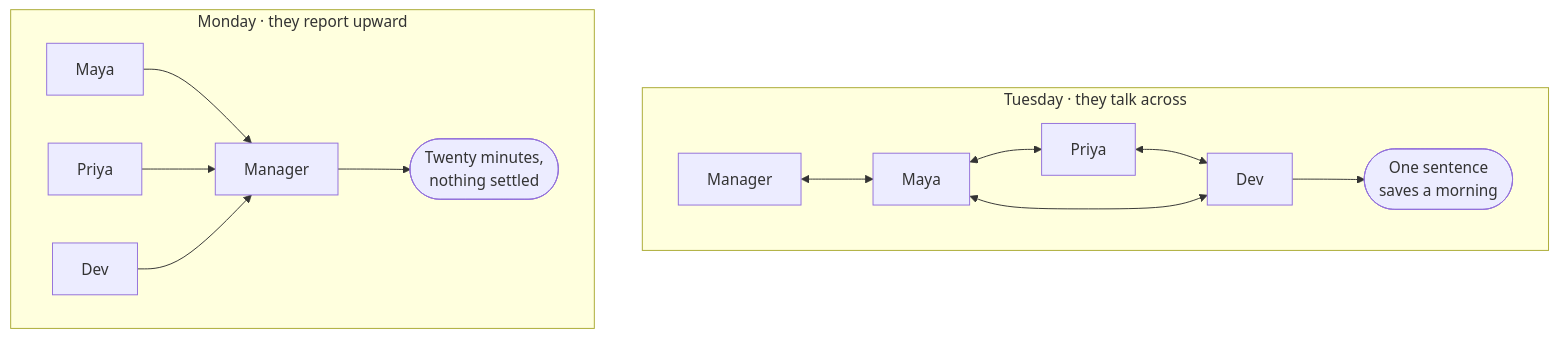
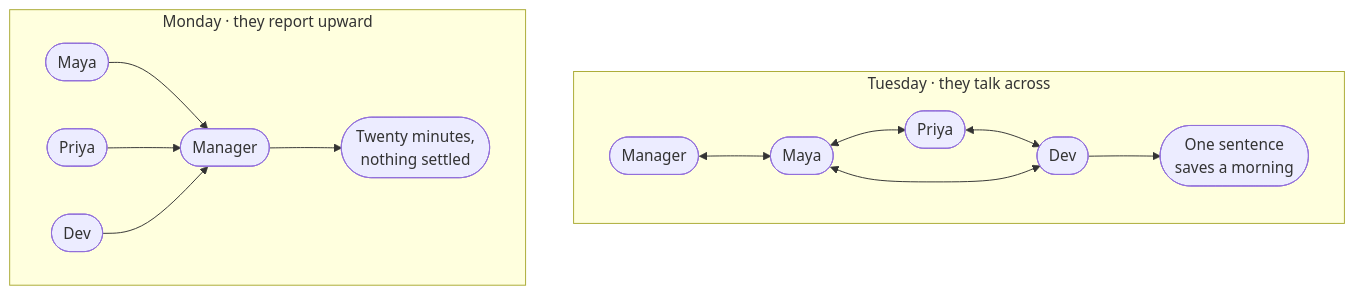
One commit to Laticent/lattice changed the first of 19 diagrams in examples/system-design-foundations.md. Above: the diagram before and after it, drawn with Mermaid. The commit also changed other lines of this file and 1 other file, not shown here.

First line of the commit message:
deck(examples): break the prose templates, and stop the diagrams asserting falsehoods

````diff
--- a/examples/system-design-foundations.md
+++ b/examples/system-design-foundations.md
@@ -217,18 +217,18 @@
 ```mermaid
 flowchart TB
   subgraph tue["Tuesday · they talk across"]
     direction LR
-    T1["Maya"] <--> T2["Priya"]
-    T2 <--> T3["Dev"]
+    T1(["Maya"]) <--> T2(["Priya"])
+    T2 <--> T3(["Dev"])
     T1 <--> T3
-    T4["Manager"] <--> T1
+    T4(["Manager"]) <--> T1
     T3 --> OUT2(["One sentence<br/>saves a morning"])
   end
   subgraph mon["Monday · they report upward"]
     direction LR
-    M1["Maya"] --> MM["Manager"]
-    M2["Priya"] --> MM
-    M3["Dev"] --> MM
+    M1(["Maya"]) --> MM(["Manager"])
+    M2(["Priya"]) --> MM
+    M3(["Dev"]) --> MM
     MM --> OUT1(["Twenty minutes,<br/>nothing settled"])
   end
 ```
````
